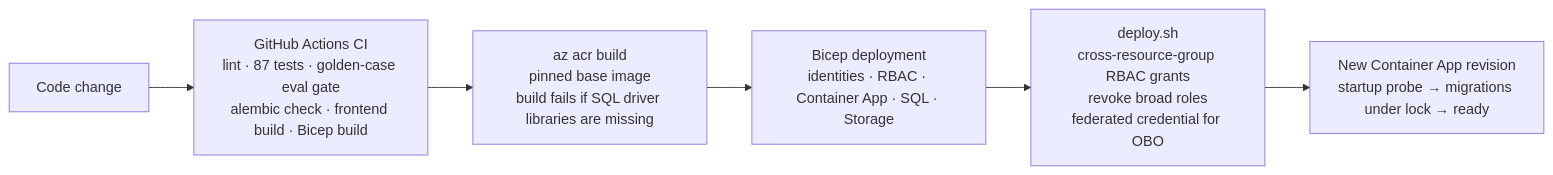
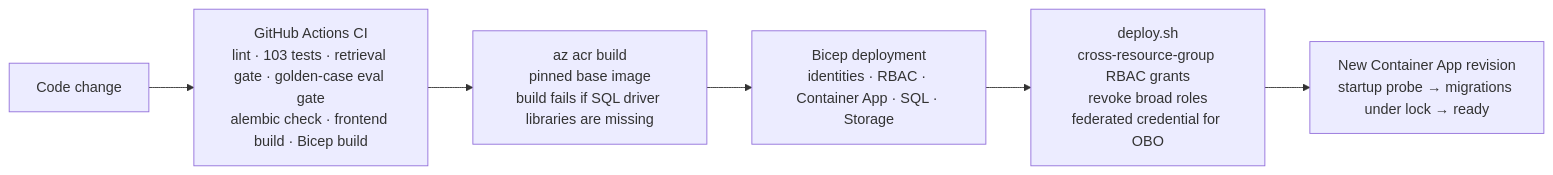
One commit to prasadregula/onboardiq changed the seventh of 7 diagrams in docs/DIAGRAMS.md. Above: the diagram before and after it, drawn with Mermaid. The commit also changed 20 other files, not shown here.

Commit message:
w5: policy RAG on Azure AI Search (shared free service, own index, index-scoped RBAC), permission-trimmed retrieval, retrieval gate

````diff
--- a/docs/DIAGRAMS.md
+++ b/docs/DIAGRAMS.md
@@ -220,8 +220,8 @@
 ```mermaid
 flowchart LR
-    dev["Code change"] --> ci["GitHub Actions CI<br/>lint · 87 tests · golden-case eval gate<br/>alembic check · frontend build · Bicep build"]
+    dev["Code change"] --> ci["GitHub Actions CI<br/>lint · 103 tests · retrieval gate · golden-case eval gate<br/>alembic check · frontend build · Bicep build"]
     ci --> build["az acr build<br/>pinned base image<br/>build fails if SQL driver libraries are missing"]
     build --> bicep["Bicep deployment<br/>identities · RBAC · Container App · SQL · Storage"]
     bicep --> grants["deploy.sh<br/>cross-resource-group RBAC grants<br/>revoke broad roles<br/>federated credential for OBO"]
     grants --> rev["New Container App revision<br/>startup probe → migrations under lock → ready"]
 ```
````
